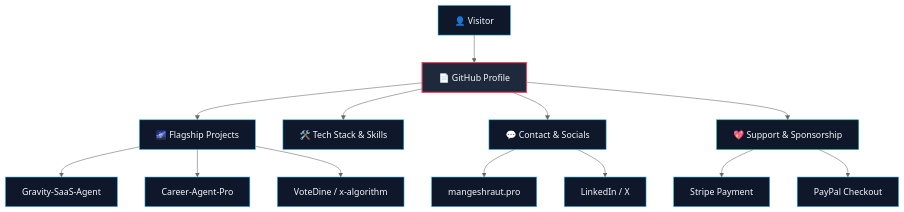
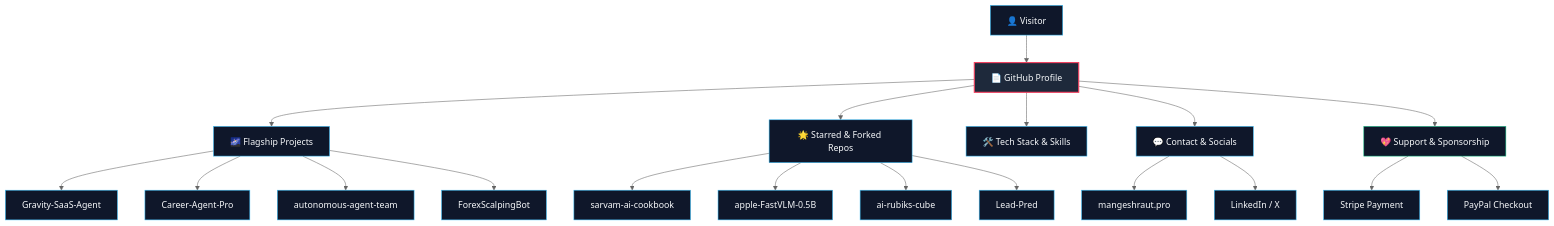
One commit to mangeshraut712/mangeshraut712 changed the diagram in README.md. Above: the diagram before and after it, drawn with Mermaid (neutral theme). The commit also changed other lines of this file, not shown here.

Commit message:
docs: restore bottom support section, remove top sponsor badges, and showcase starred/forked projects

````diff
--- a/README.md
+++ b/README.md
@@ -127,22 +170,30 @@
 ```mermaid
 flowchart TD
     classDef default fill:#0F172A,stroke:#38BDF8,stroke-width:1px,color:#F8FAFC;
     classDef highlight fill:#1E293B,stroke:#F43F5E,stroke-width:2px,color:#F8FAFC;
     classDef green fill:#0F172A,stroke:#10B981,stroke-width:1px,color:#F8FAFC;
+    classDef blue fill:#0F172A,stroke:#38BDF8,stroke-width:1px,color:#F8FAFC;
 
     A["👤 Visitor"] --> B["📄 GitHub Profile"]:::highlight
     B --> C["🌌 Flagship Projects"]
+    B --> S["🌟 Starred & Forked Repos"]:::blue
     B --> D["🛠️ Tech Stack & Skills"]
     B --> E["💬 Contact & Socials"]
     B --> F["💖 Support & Sponsorship"]:::green
 
     C --> C1["Gravity-SaaS-Agent"]
     C --> C2["Career-Agent-Pro"]
-    C --> C3["VoteDine / x-algorithm"]
+    C --> C3["autonomous-agent-team"]
+    C --> C4["ForexScalpingBot"]
+
+    S --> S1["sarvam-ai-cookbook"]
+    S --> S2["apple-FastVLM-0.5B"]
+    S --> S3["ai-rubiks-cube"]
+    S --> S4["Lead-Pred"]
 
     E --> E1["mangeshraut.pro"]
     E --> E2["LinkedIn / X"]
 
     F --> F1["Stripe Payment"]
     F --> F2["PayPal Checkout"]
 ```
````
